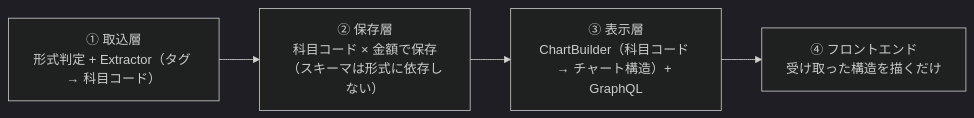
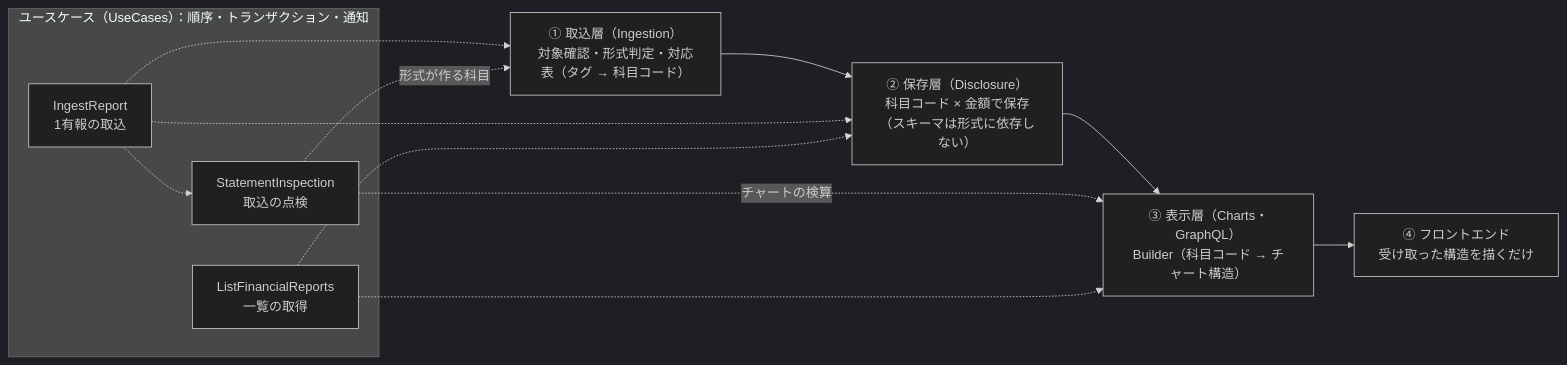
One commit to shin4488/financial-statement changed the sixth of 12 diagrams in docs/guide/03_data_flow.md. Above: the diagram before and after it, drawn with Mermaid (dark theme). The commit also changed other lines of this file and 19 other files, not shown here.

````diff
--- a/docs/guide/03_data_flow.md
+++ b/docs/guide/03_data_flow.md
@@ -200,8 +232,20 @@
 ```mermaid
 flowchart LR
-    L1["① 取込層<br>形式判定 + Extractor（タグ → 科目コード）"]
-    L2["② 保存層<br>科目コード × 金額で保存（スキーマは形式に依存しない）"]
-    L3["③ 表示層<br>ChartBuilder（科目コード → チャート構造）+ GraphQL"]
+    L1["① 取込層（Ingestion）<br>対象確認・形式判定・対応表（タグ → 科目コード）"]
+    L2["② 保存層（Disclosure）<br>科目コード × 金額で保存（スキーマは形式に依存しない）"]
+    L3["③ 表示層（Charts・GraphQL）<br>Builder（科目コード → チャート構造）"]
     L4["④ フロントエンド<br>受け取った構造を描くだけ"]
     L1 --> L2 --> L3 --> L4
+    subgraph UC["ユースケース（UseCases）：順序・トランザクション・通知"]
+        IR["IngestReport<br>1有報の取込"]
+        SI["StatementInspection<br>取込の点検"]
+        LF["ListFinancialReports<br>一覧の取得"]
+    end
+    IR -.-> L1
+    IR -.-> L2
+    IR -.-> SI
+    SI -.->|"形式が作る科目"| L1
+    SI -.->|"チャートの検算"| L3
+    LF -.-> L2
+    LF -.-> L3
 ```
````
